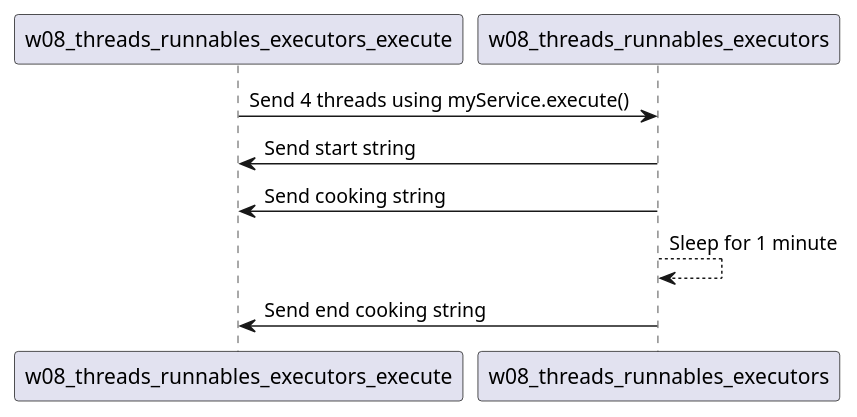
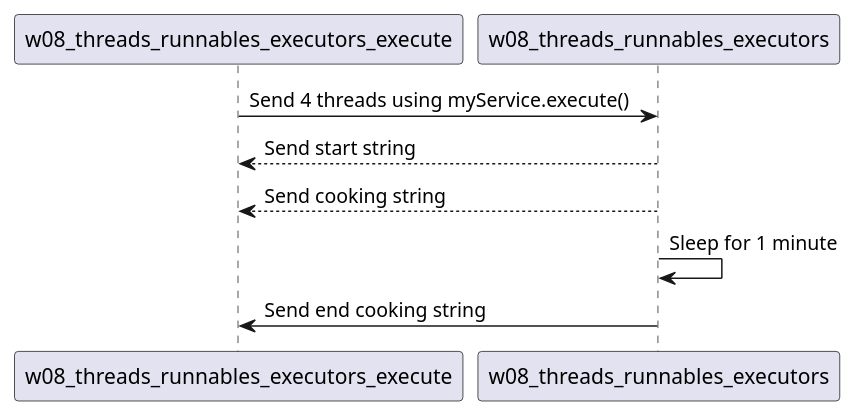
The third of 3 diagrams in uml/src/w10_uml.puml (mcallisterpeter/CIT360), drawn with PlantUML before and after one commit.

Commit message:
adjusted the line type

```diff
--- a/uml/src/w10_uml.puml
+++ b/uml/src/w10_uml.puml
@@ -19,7 +19,7 @@
 @startuml
 w08_threads_runnables_executors_execute -> w08_threads_runnables_executors: Send 4 threads using myService.execute()
-w08_threads_runnables_executors_execute <- w08_threads_runnables_executors: Send start string
-w08_threads_runnables_executors_execute <- w08_threads_runnables_executors: Send cooking string
-w08_threads_runnables_executors --> w08_threads_runnables_executors: Sleep for 1 minute
+w08_threads_runnables_executors_execute <-- w08_threads_runnables_executors: Send start string
+w08_threads_runnables_executors_execute <-- w08_threads_runnables_executors: Send cooking string
+w08_threads_runnables_executors -> w08_threads_runnables_executors: Sleep for 1 minute
 w08_threads_runnables_executors_execute <- w08_threads_runnables_executors: Send end cooking string
 @enduml
```
